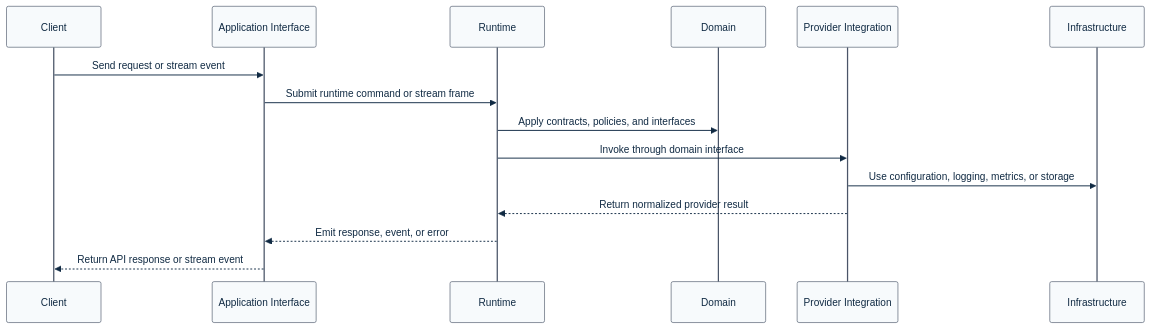
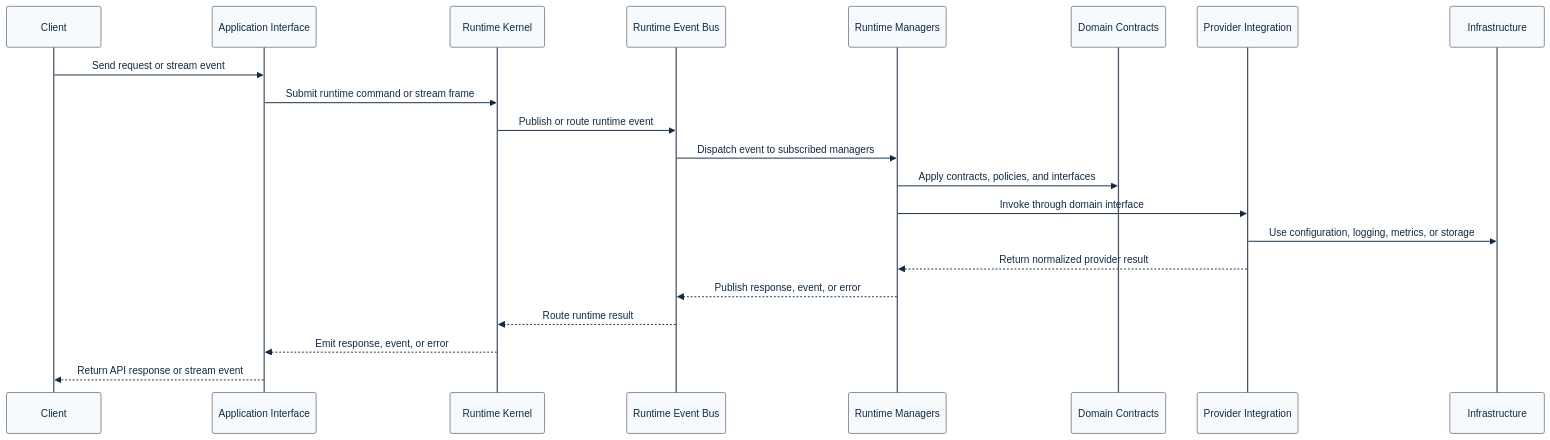
One commit to namanSR-dev/voxcore changed the third of 3 diagrams in docs/02-system-architecture/04-layered-architecture.md. Above: the diagram before and after it, drawn with Mermaid. The commit also changed other lines of this file and 10 other files, not shown here.

Commit message:
docs(architecture): define VoxCore system architecture

````diff
--- a/docs/02-system-architecture/04-layered-architecture.md
+++ b/docs/02-system-architecture/04-layered-architecture.md
@@ -407,19 +434,25 @@
 ```mermaid
 %%{init: {"theme": "base", "themeVariables": {"primaryColor": "#F7FAFC", "primaryTextColor": "#102A43", "primaryBorderColor": "#4A5568", "lineColor": "#4A5568", "fontFamily": "Inter, Segoe UI, Arial"}}}%%
 sequenceDiagram
     participant Client
     participant Interface as Application Interface
-    participant Runtime
-    participant Domain
+    participant Kernel as Runtime Kernel
+    participant Bus as Runtime Event Bus
+    participant Managers as Runtime Managers
+    participant Domain as Domain Contracts
     participant Provider as Provider Integration
     participant Infra as Infrastructure
 
     Client->>Interface: Send request or stream event
-    Interface->>Runtime: Submit runtime command or stream frame
-    Runtime->>Domain: Apply contracts, policies, and interfaces
-    Runtime->>Provider: Invoke through domain interface
+    Interface->>Kernel: Submit runtime command or stream frame
+    Kernel->>Bus: Publish or route runtime event
+    Bus->>Managers: Dispatch event to subscribed managers
+    Managers->>Domain: Apply contracts, policies, and interfaces
+    Managers->>Provider: Invoke through domain interface
     Provider->>Infra: Use configuration, logging, metrics, or storage
-    Provider-->>Runtime: Return normalized provider result
-    Runtime-->>Interface: Emit response, event, or error
+    Provider-->>Managers: Return normalized provider result
+    Managers-->>Bus: Publish response, event, or error
+    Bus-->>Kernel: Route runtime result
+    Kernel-->>Interface: Emit response, event, or error
     Interface-->>Client: Return API response or stream event
 ```
````
